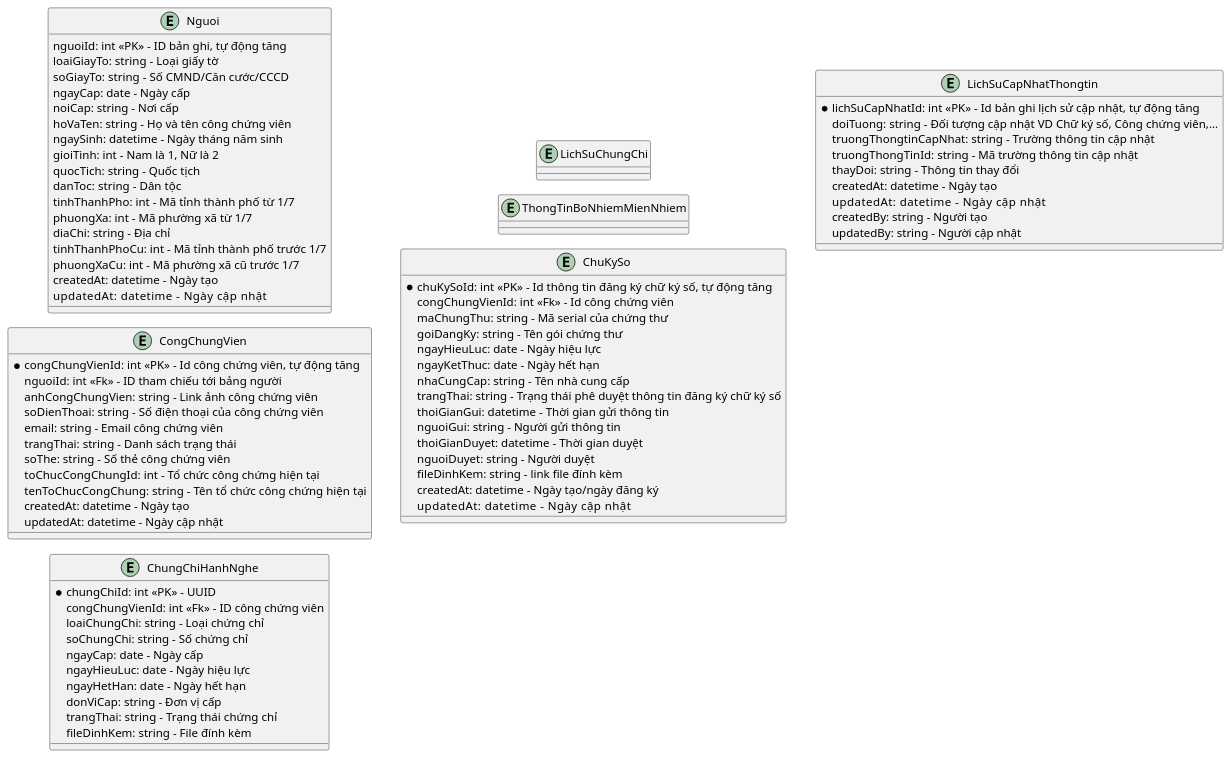
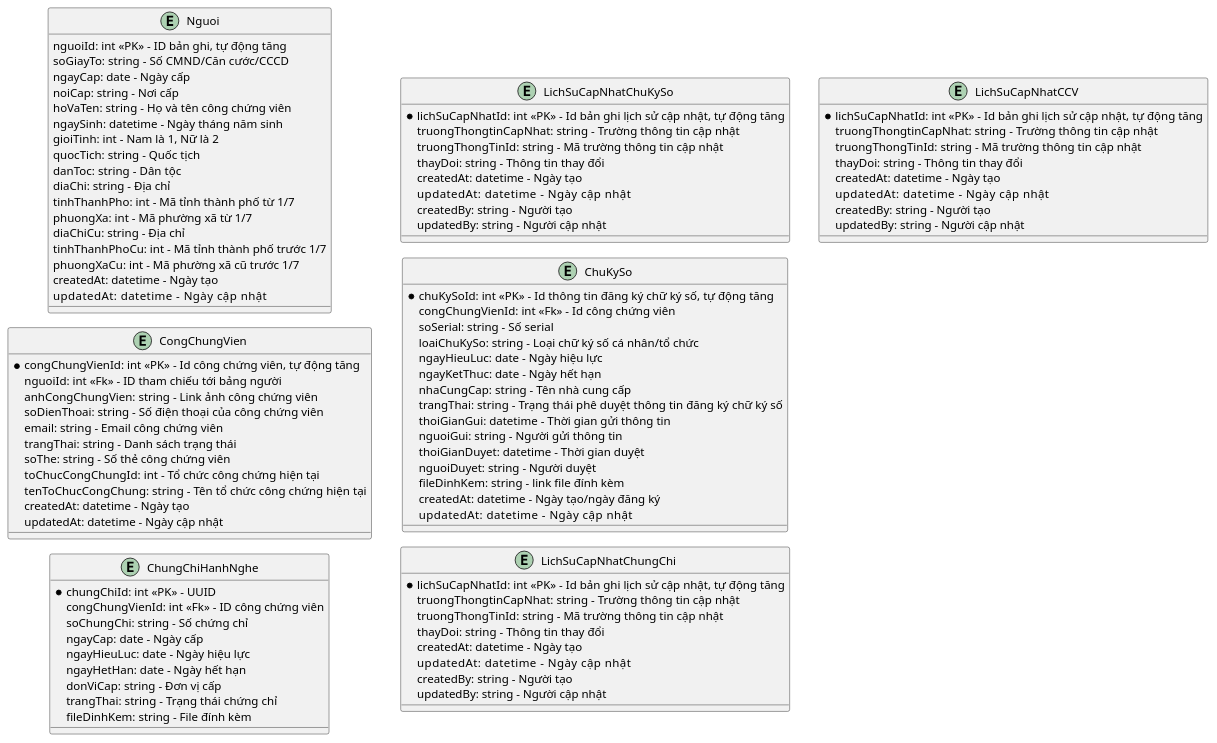
Before and after one commit to alvinnguyen9820-prog/CSDL-Cong-Chung: the diagram in Quản lý công chứng viên/3.ldm.puml, drawn with PlantUML. The commit also changed 37 other files, not shown here.

```diff
--- a/Quản lý công chứng viên/3.ldm.puml
+++ b/Quản lý công chứng viên/3.ldm.puml
@@ -1,91 +1,109 @@
 @startuml ldm
 !pragma layout smetana
 left to right direction
 
 entity Nguoi
 entity CongChungVien
 entity ChungChiHanhNghe
-entity LichSuChungChi
-entity ThongTinBoNhiemMienNhiem
+entity LichSuCapNhatChuKySo
 entity ChuKySo
-entity LichSuCapNhatThongtin
+entity LichSuCapNhatChungChi
+entity LichSuCapNhatCCV
 
 entity Nguoi {
   nguoiId: int <<PK>> - ID bản ghi, tự động tăng
-  loaiGiayTo: string - Loại giấy tờ
   soGiayTo: string - Số CMND/Căn cước/CCCD 
   ngayCap: date - Ngày cấp
   noiCap: string - Nơi cấp
   hoVaTen: string - Họ và tên công chứng viên
   ngaySinh: datetime - Ngày tháng năm sinh
   gioiTinh: int - Nam là 1, Nữ là 2
   quocTich: string - Quốc tịch
   danToc: string - Dân tộc
+  diaChi: string - Địa chỉ
   tinhThanhPho: int - Mã tỉnh thành phố từ 1/7
   phuongXa: int - Mã phường xã từ 1/7
-  diaChi: string - Địa chỉ
+  diaChiCu: string - Địa chỉ
   tinhThanhPhoCu: int - Mã tỉnh thành phố trước 1/7
   phuongXaCu: int - Mã phường xã cũ trước 1/7
   createdAt: datetime - Ngày tạo
   updatedAt: datetime      - Ngày cập nhật
 }
 
 entity CongChungVien {
   *congChungVienId: int <<PK>> - Id công chứng viên, tự động tăng
   nguoiId: int <<Fk>> - ID tham chiếu tới bảng người
   anhCongChungVien: string - Link ảnh công chứng viên
   soDienThoai: string - Số điện thoại của công chứng viên
   email: string - Email công chứng viên
   trangThai: string - Danh sách trạng thái
   soThe: string - Số thẻ công chứng viên
   toChucCongChungId: int - Tổ chức công chứng hiện tại
   tenToChucCongChung: string - Tên tổ chức công chứng hiện tại
   createdAt: datetime - Ngày tạo
   updatedAt: datetime - Ngày cập nhật
 
 }
 
 entity ChungChiHanhNghe {
   *chungChiId: int <<PK>> - UUID
   congChungVienId: int <<Fk>> - ID công chứng viên
-  loaiChungChi: string - Loại chứng chỉ
   soChungChi: string - Số chứng chỉ
   ngayCap: date - Ngày cấp
   ngayHieuLuc: date - Ngày hiệu lực
   ngayHetHan: date - Ngày hết hạn
   donViCap: string - Đơn vị cấp
   trangThai: string - Trạng thái chứng chỉ
   fileDinhKem: string - File đính kèm
 }
 
 entity ChuKySo {
   *chuKySoId: int <<PK>> - Id thông tin đăng ký chữ ký số, tự động tăng
   congChungVienId: int <<Fk>> - Id công chứng viên
-  maChungThu: string - Mã serial của chứng thư
-  goiDangKy: string - Tên gói chứng thư
+  soSerial: string - Số serial
+  loaiChuKySo: string - Loại chữ ký số cá nhân/tổ chức
   ngayHieuLuc: date - Ngày hiệu lực
   ngayKetThuc: date - Ngày hết hạn
   nhaCungCap: string - Tên nhà cung cấp
   trangThai: string - Trạng thái phê duyệt thông tin đăng ký chữ ký số
   thoiGianGui: datetime - Thời gian gửi thông tin
   nguoiGui: string - Người gửi thông tin
   thoiGianDuyet: datetime - Thời gian duyệt
   nguoiDuyet: string - Người duyệt
   fileDinhKem: string - link file đính kèm
   createdAt: datetime - Ngày tạo/ngày đăng ký
   updatedAt: datetime      - Ngày cập nhật
 }
 
-entity LichSuCapNhatThongtin {
+entity LichSuCapNhatCCV {
   *lichSuCapNhatId: int <<PK>> - Id bản ghi lịch sử cập nhật, tự động tăng
-  doiTuong: string - Đối tượng cập nhật VD Chữ ký số, Công chứng viên,...
+  truongThongtinCapNhat: string - Trường thông tin cập nhật
+  truongThongTinId: string - Mã trường thông tin cập nhật
+  thayDoi: string - Thông tin thay đổi
+  createdAt: datetime - Ngày tạo
+  updatedAt: datetime      - Ngày cập nhật
+  createdBy: string - Người tạo
+  updatedBy: string - Người cập nhật
+}
+entity LichSuCapNhatChuKySo {
+  *lichSuCapNhatId: int <<PK>> - Id bản ghi lịch sử cập nhật, tự động tăng
+  truongThongtinCapNhat: string - Trường thông tin cập nhật
+  truongThongTinId: string - Mã trường thông tin cập nhật
+  thayDoi: string - Thông tin thay đổi
+  createdAt: datetime - Ngày tạo
+  updatedAt: datetime      - Ngày cập nhật
+  createdBy: string - Người tạo
+  updatedBy: string - Người cập nhật
+}
+entity LichSuCapNhatChungChi {
+  *lichSuCapNhatId: int <<PK>> - Id bản ghi lịch sử cập nhật, tự động tăng
   truongThongtinCapNhat: string - Trường thông tin cập nhật
   truongThongTinId: string - Mã trường thông tin cập nhật
   thayDoi: string - Thông tin thay đổi
   createdAt: datetime - Ngày tạo
   updatedAt: datetime      - Ngày cập nhật
   createdBy: string - Người tạo
   updatedBy: string - Người cập nhật
 }
 
 @enduml
```
